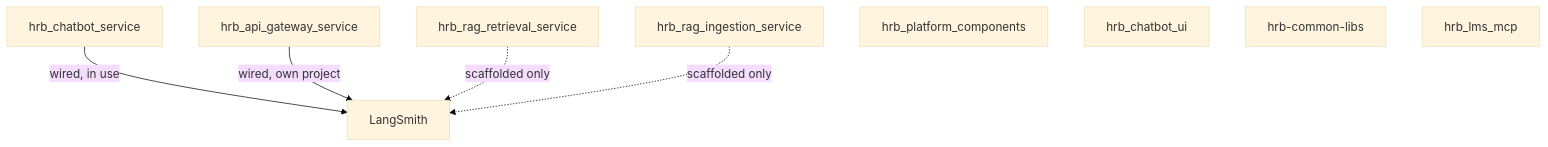
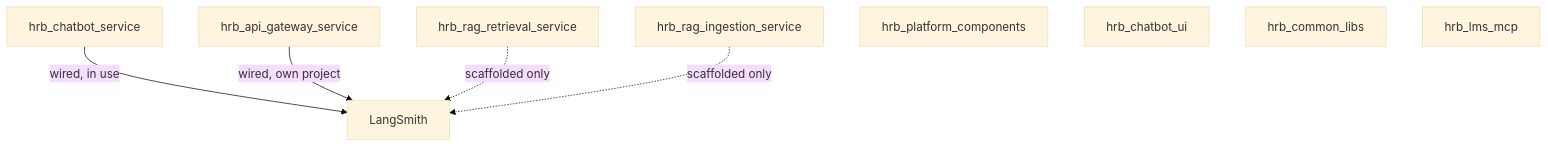
Before and after one commit to rvsree/hrb_emp_assist: the diagram in docs/observability-governance.md, drawn with Mermaid (base theme). The commit also changed other lines of this file and 16 other files, not shown here.

Commit message:
Fix stale hrb-common-libs references after hrb_common_libs rename

````diff
--- a/docs/observability-governance.md
+++ b/docs/observability-governance.md
@@ -27,11 +27,11 @@
 ```mermaid
 flowchart TD
     A[hrb_chatbot_service] -->|wired, in use| L[LangSmith]
     B[hrb_api_gateway_service] -->|wired, own project| L
     C[hrb_rag_retrieval_service] -.->|scaffolded only| L
     D[hrb_rag_ingestion_service] -.->|scaffolded only| L
     E[hrb_platform_components]
     F[hrb_chatbot_ui]
-    G[hrb-common-libs]
+    G[hrb_common_libs]
     H[hrb_lms_mcp]
 ```
````
